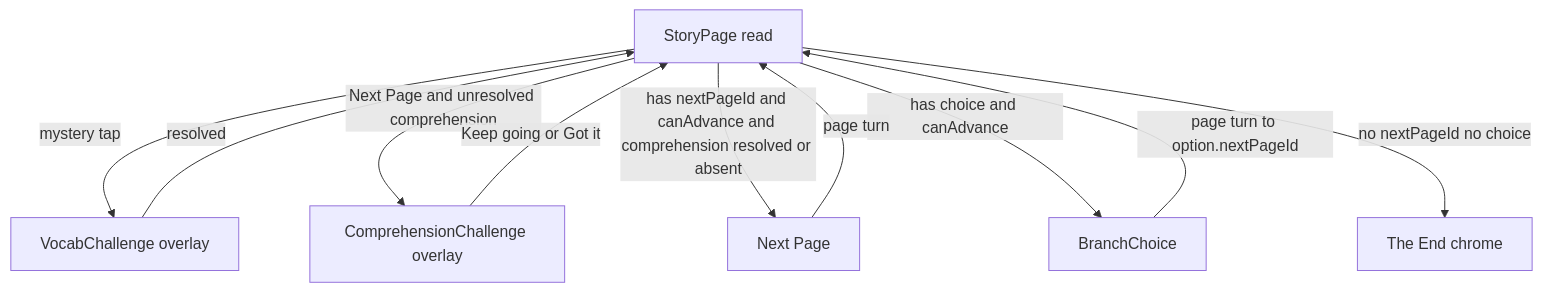
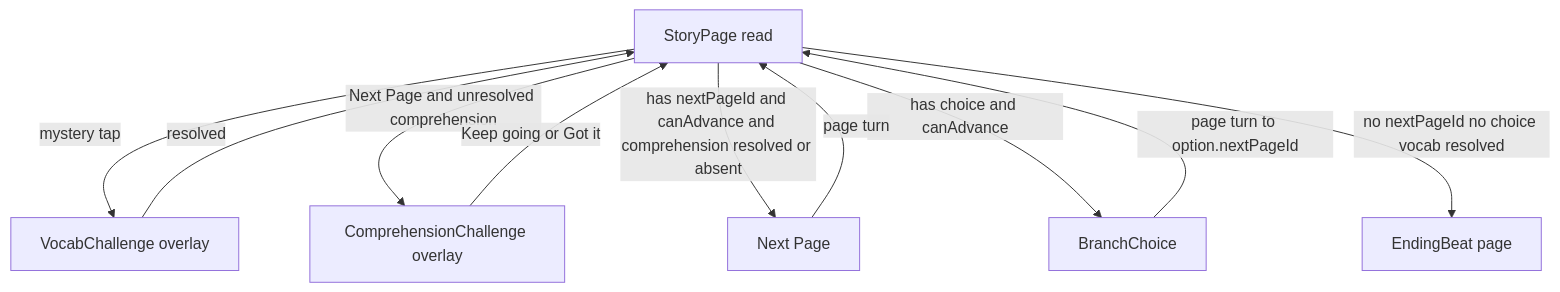
One commit to niksonndev/nerdy-story changed the first of 4 diagrams in docs/story-navigation.md. Above: the diagram before and after it, drawn with Mermaid. The commit also changed other lines of this file and 3 other files, not shown here.

First line of the commit message:
feat(story): add full-page ending beat with replay and chapter unlock

````diff
--- a/docs/story-navigation.md
+++ b/docs/story-navigation.md
@@ -18,18 +18,18 @@
 ```mermaid
 flowchart TD
   read[StoryPage read]
   vocab[VocabChallenge overlay]
   comp[ComprehensionChallenge overlay]
   nextBtn[Next Page]
   branch[BranchChoice]
-  endChrome[The End chrome]
+  endChrome[EndingBeat page]
   read -->|mystery tap| vocab
   vocab -->|resolved| read
   read -->|Next Page and unresolved comprehension| comp
   comp -->|Keep going or Got it| read
   read -->|has nextPageId and canAdvance and comprehension resolved or absent| nextBtn
   read -->|has choice and canAdvance| branch
   nextBtn -->|page turn| read
   branch -->|page turn to option.nextPageId| read
-  read -->|no nextPageId no choice| endChrome
+  read -->|no nextPageId no choice vocab resolved| endChrome
 ```
````
